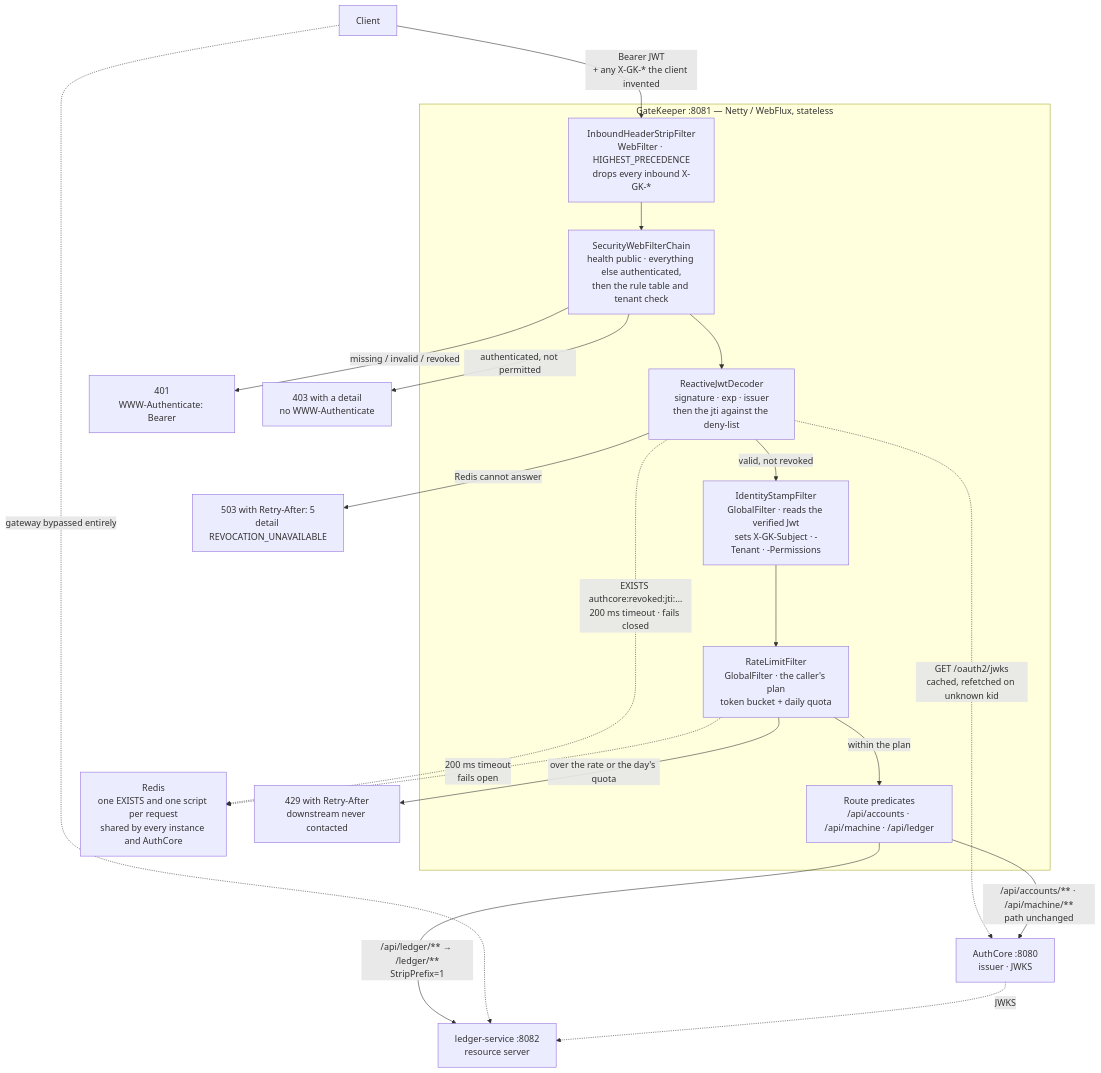
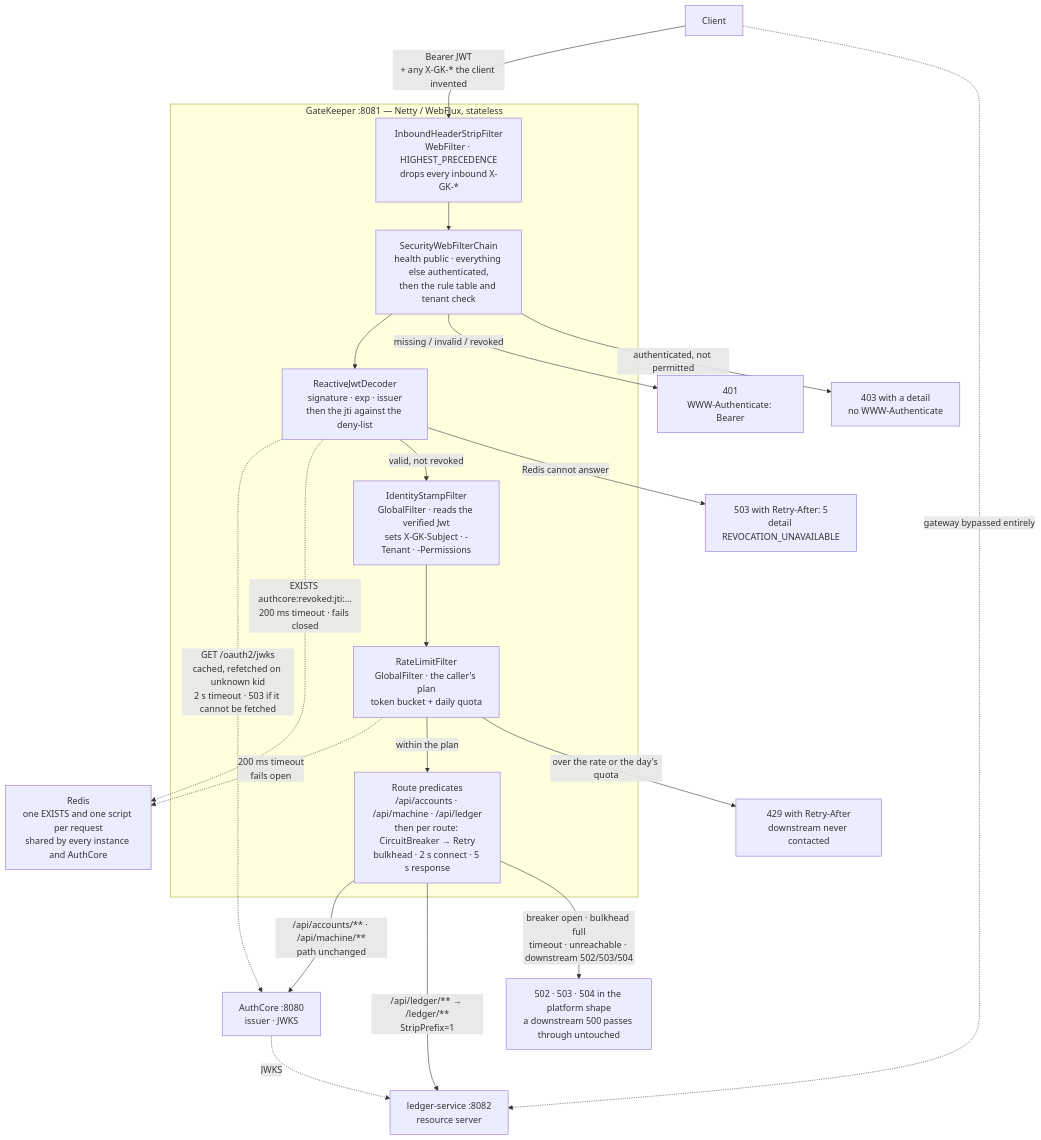
The diagram in README.md (ezat141/gatekeeper), drawn with Mermaid before and after one commit. The commit also changed other lines of this file and 2 other files, not shown here.

````diff
--- a/README.md
+++ b/README.md
@@ -120,37 +125,38 @@
 ```mermaid
 graph TB
     C["Client"]
 
     subgraph GK["GateKeeper :8081 — Netty / WebFlux, stateless"]
         STRIP["InboundHeaderStripFilter<br/>WebFilter · HIGHEST_PRECEDENCE<br/>drops every inbound X-GK-*"]
         SEC["SecurityWebFilterChain<br/>health public · everything else authenticated,<br/>then the rule table and tenant check"]
         DEC["ReactiveJwtDecoder<br/>signature · exp · issuer<br/>then the jti against the deny-list"]
         STAMP["IdentityStampFilter<br/>GlobalFilter · reads the verified Jwt<br/>sets X-GK-Subject · -Tenant · -Permissions"]
         RATE["RateLimitFilter<br/>GlobalFilter · the caller's plan<br/>token bucket + daily quota"]
-        ROUTE["Route predicates<br/>/api/accounts · /api/machine · /api/ledger"]
+        ROUTE["Route predicates<br/>/api/accounts · /api/machine · /api/ledger<br/>then per route: CircuitBreaker → Retry<br/>bulkhead · 2 s connect · 5 s response"]
     end
 
     A["AuthCore :8080<br/>issuer · JWKS"]
     L["ledger-service :8082<br/>resource server"]
     RD["Redis<br/>one EXISTS and one script per request<br/>shared by every instance and AuthCore"]
 
     C -->|"Bearer JWT<br/>+ any X-GK-* the client invented"| STRIP
     STRIP --> SEC
     SEC --> DEC
-    DEC -.->|"GET /oauth2/jwks<br/>cached, refetched on unknown kid"| A
+    DEC -.->|"GET /oauth2/jwks<br/>cached, refetched on unknown kid<br/>2 s timeout · 503 if it cannot be fetched"| A
     DEC -.->|"EXISTS authcore:revoked:jti:…<br/>200 ms timeout · fails closed"| RD
     DEC -->|"valid, not revoked"| STAMP
     DEC -->|"Redis cannot answer"| R503["503 with Retry-After: 5<br/>detail REVOCATION_UNAVAILABLE"]
     STAMP --> RATE
     RATE -.->|"200 ms timeout<br/>fails open"| RD
     RATE -->|"within the plan"| ROUTE
     RATE -->|"over the rate or the day's quota"| R429["429 with Retry-After<br/>downstream never contacted"]
     SEC -->|"missing / invalid / revoked"| R401["401<br/>WWW-Authenticate: Bearer"]
     SEC -->|"authenticated, not permitted"| R403["403 with a detail<br/>no WWW-Authenticate"]
 
     ROUTE -->|"/api/accounts/** · /api/machine/**<br/>path unchanged"| A
     ROUTE -->|"/api/ledger/** → /ledger/**<br/>StripPrefix=1"| L
+    ROUTE -->|"breaker open · bulkhead full<br/>timeout · unreachable · downstream 502/503/504"| R5XX["502 · 503 · 504 in the platform shape<br/>a downstream 500 passes through untouched"]
 
     C -.->|"gateway bypassed entirely"| L
     A -. "JWKS" .-> L
 ```
````
